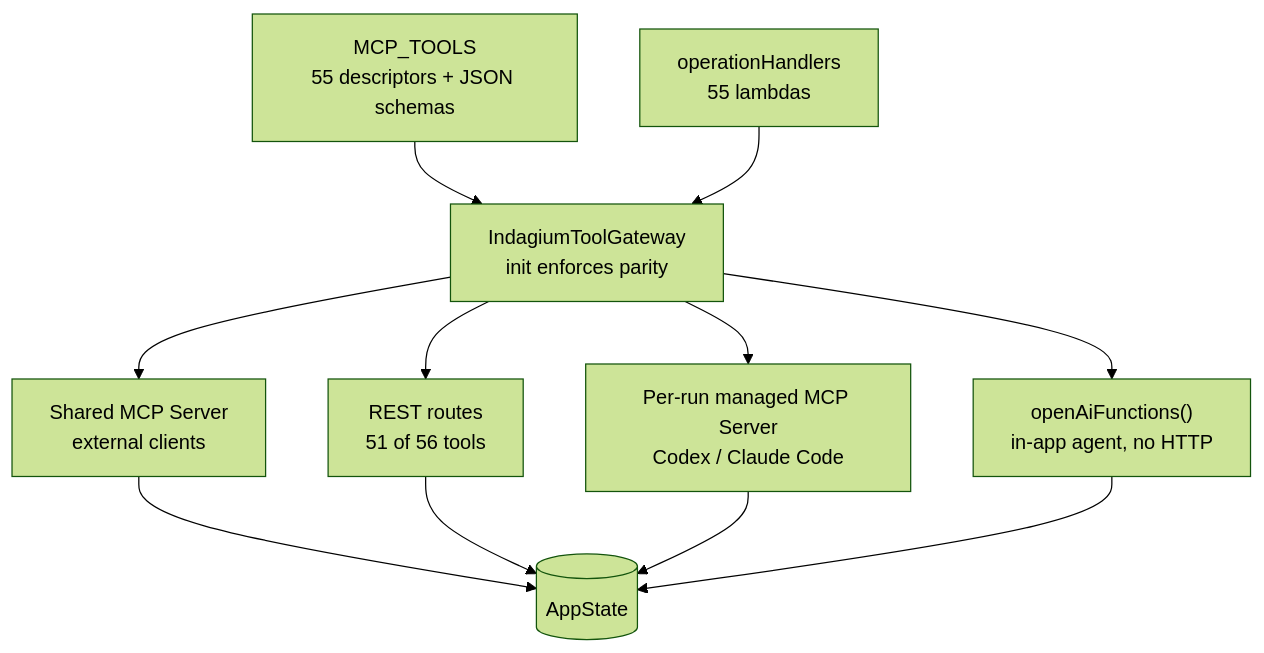
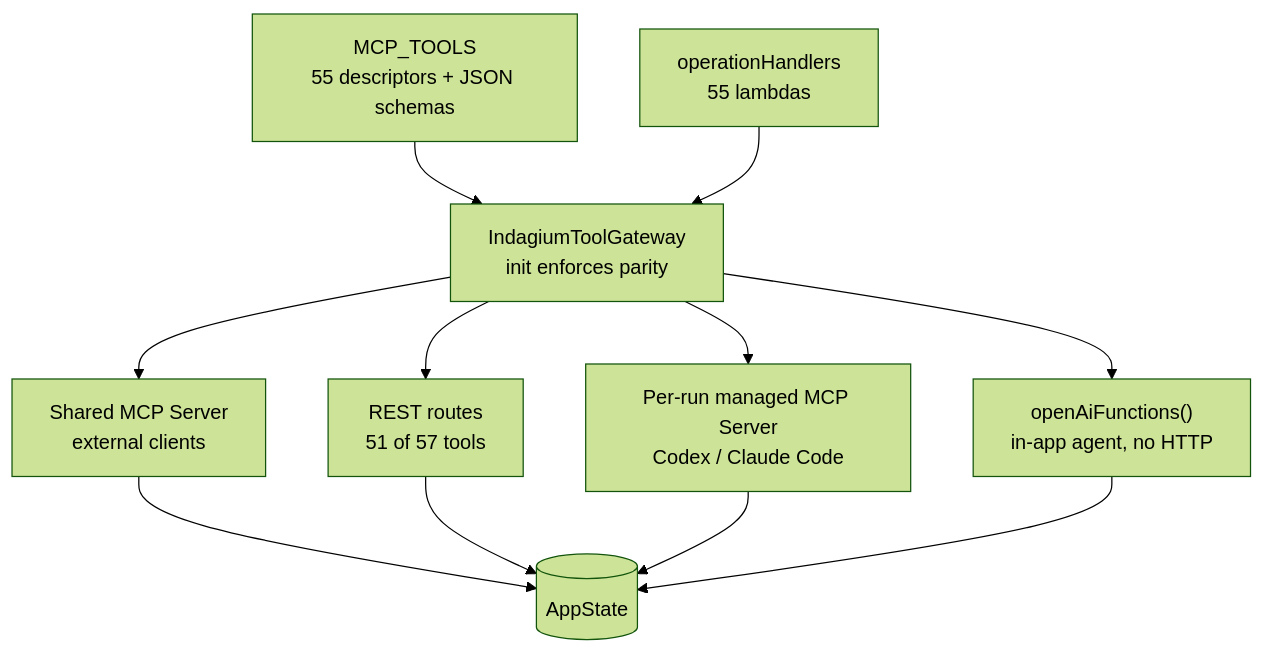
One commit to indagium/indagium changed the eighth of 14 diagrams in docs/SAAD.md. Above: the diagram before and after it, drawn with Mermaid (forest theme). The commit also changed other lines of this file and 29 other files, not shown here.

First line of the commit message:
Generate UML sequence diagrams from log ranges

````diff
--- a/docs/SAAD.md
+++ b/docs/SAAD.md
@@ -1297,24 +1297,24 @@
 ```mermaid
 flowchart TB
     catalog["MCP_TOOLS<br/>55 descriptors + JSON schemas"]
     handlers["operationHandlers<br/>55 lambdas"]
     gw["IndagiumToolGateway<br/>init enforces parity"]
 
     mcp["Shared MCP Server<br/>external clients"]
-    rest["REST routes<br/>51 of 56 tools"]
+    rest["REST routes<br/>51 of 57 tools"]
     managed["Per-run managed MCP Server<br/>Codex / Claude Code"]
     fns["openAiFunctions()<br/>in-app agent, no HTTP"]
 
     state[("AppState")]
 
     catalog --> gw
     handlers --> gw
     gw --> mcp
     gw --> rest
     gw --> managed
     gw --> fns
     mcp --> state
     rest --> state
     managed --> state
     fns --> state
 ```
````
